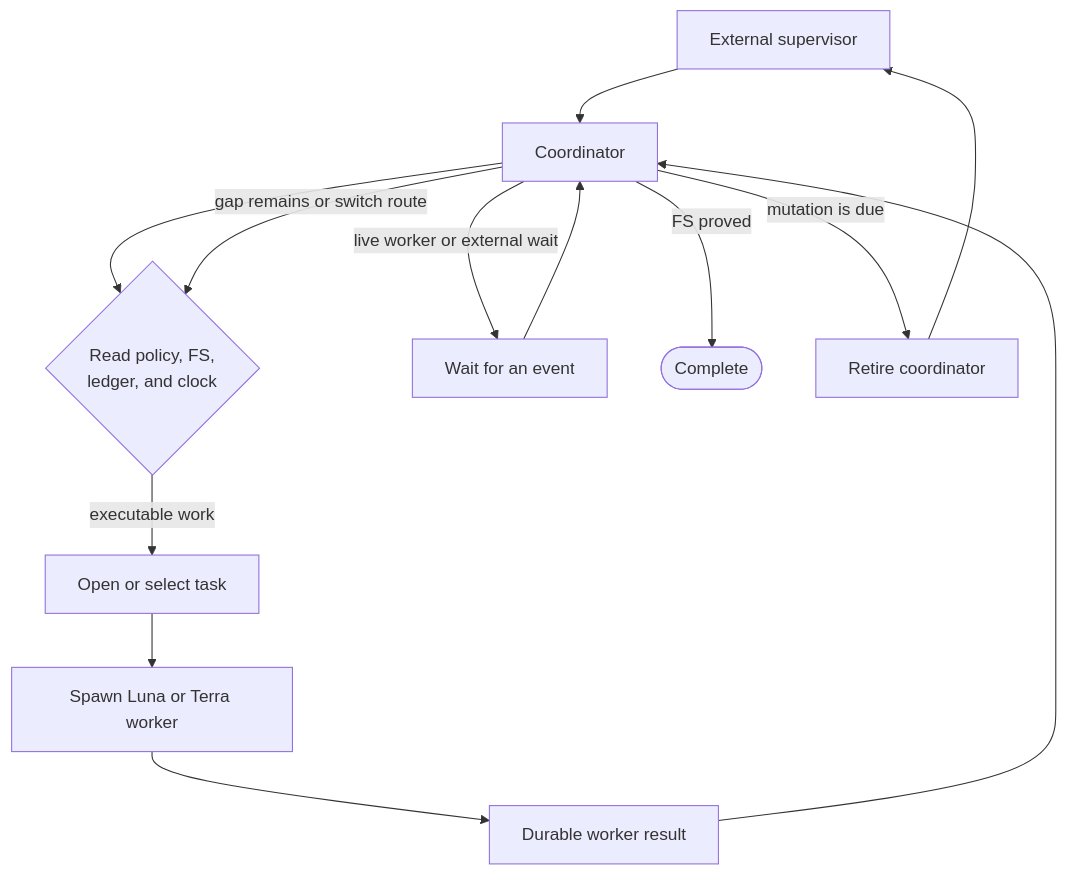
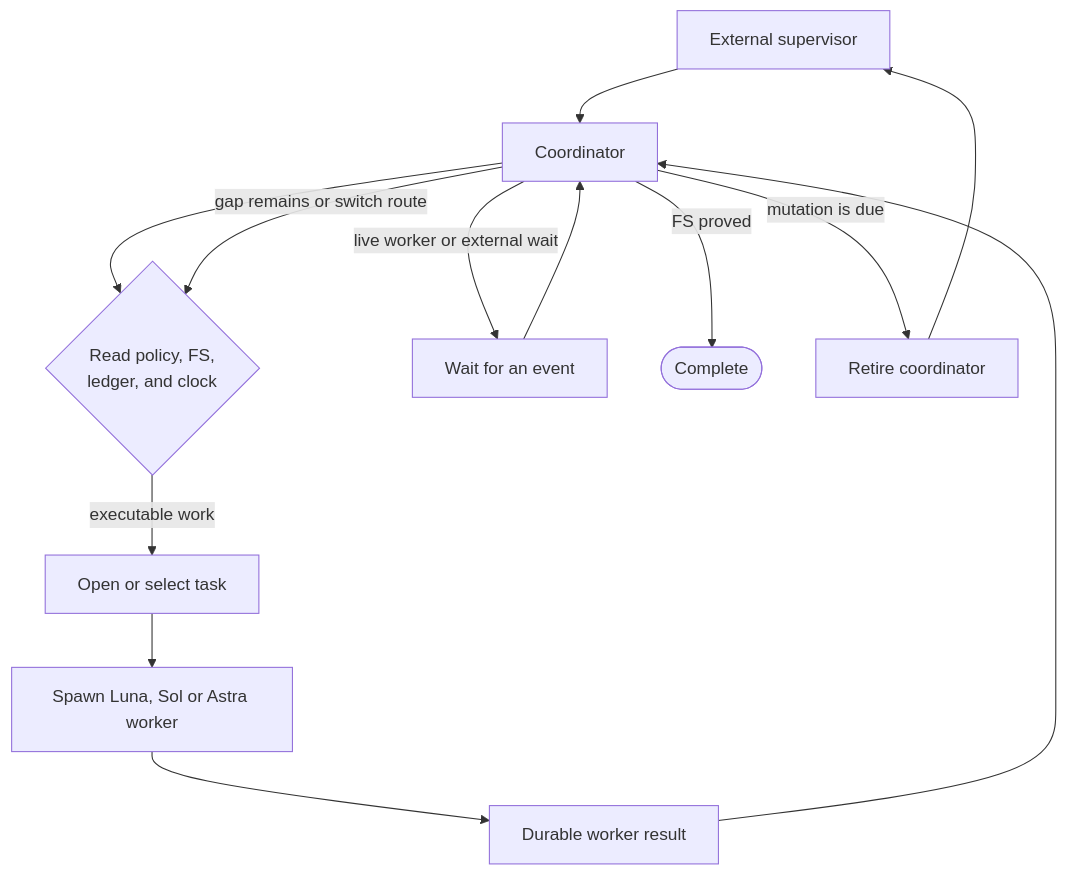
Before and after one commit to josihosi/de67: the second of 3 diagrams in docs/how-de67-works.md, drawn with Mermaid. The commit also changed 39 other files, not shown here.

````diff
--- a/docs/how-de67-works.md
+++ b/docs/how-de67-works.md
@@ -25,15 +25,15 @@
 ```mermaid
 flowchart TD
     S[External supervisor] --> C[Coordinator]
     C --> K{Read policy, FS,<br/>ledger, and clock}
     K -->|executable work| T[Open or select task]
-    T --> W[Spawn Luna or Terra worker]
+    T --> W[Spawn Luna, Sol or Astra worker]
     W --> R[Durable worker result]
     R --> C
     C -->|gap remains or switch route| K
     C -->|live worker or external wait| Wait[Wait for an event]
     Wait --> C
     C -->|FS proved| Done([Complete])
     C -->|mutation is due| Retire[Retire coordinator]
     Retire --> S
 ```
````
